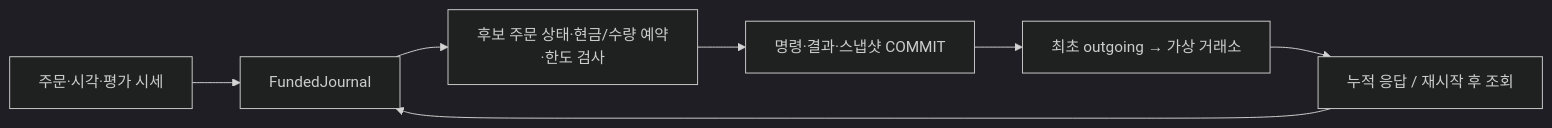
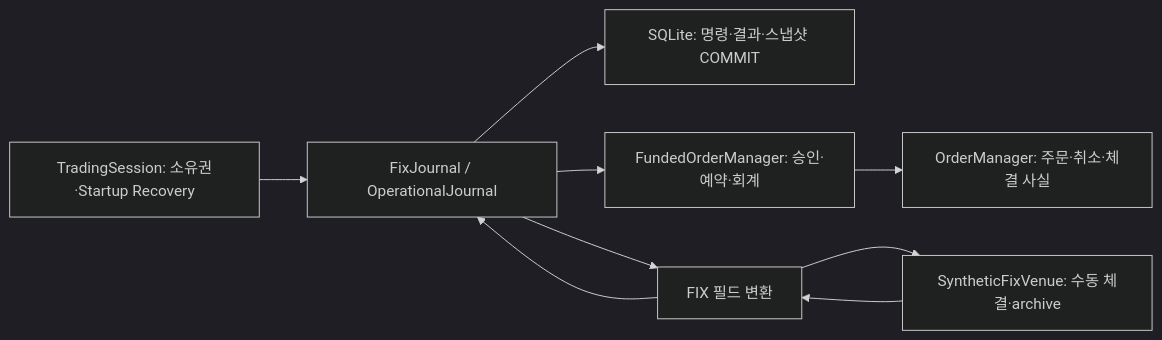
One commit to Min9s/liquidation-aware-market-microstructure-research changed the diagram in README.md. Above: the diagram before and after it, drawn with Mermaid (dark theme). The commit also changed other lines of this file and 5 other files, not shown here.

Commit message:
docs: publish OMS architecture audit and portfolio guide

````diff
--- a/README.md
+++ b/README.md
@@ -47,9 +39,11 @@
 ```mermaid
 flowchart LR
-    A["주문·시각·평가 시세"] --> B["FundedJournal"]
-    B --> C["후보 주문 상태·현금/수량 예약·한도 검사"]
-    C --> D["명령·결과·스냅샷 COMMIT"]
-    D --> E["최초 outgoing → 가상 거래소"]
-    E --> F["누적 응답 / 재시작 후 조회"]
-    F --> B
+    S["TradingSession: 소유권·Startup Recovery"] --> J["FixJournal / OperationalJournal"]
+    J --> T["SQLite: 명령·결과·스냅샷 COMMIT"]
+    J --> F["FundedOrderManager: 승인·예약·회계"]
+    F --> O["OrderManager: 주문·취소·체결 사실"]
+    J --> A["FIX 필드 변환"]
+    A --> V["SyntheticFixVenue: 수동 체결·archive"]
+    V --> A
+    A --> J
 ```
````
